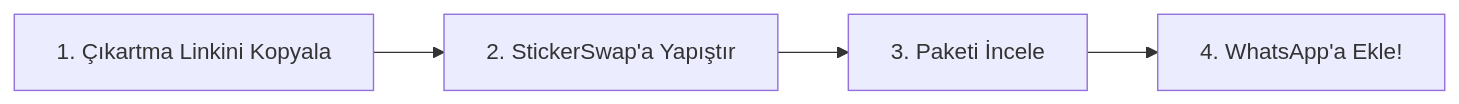
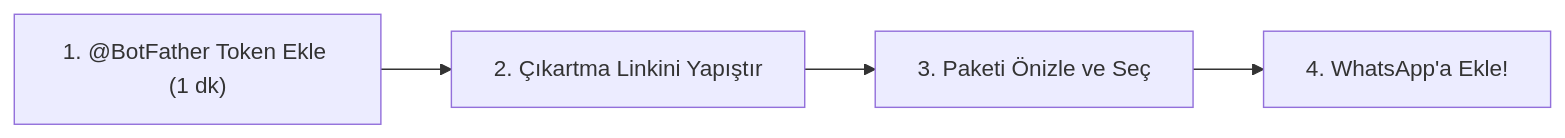
One commit to Kompetankedi/stickerswap changed the first of 2 diagrams in README.md. Above: the diagram before and after it, drawn with Mermaid. The commit also changed other lines of this file and 3 other files, not shown here.

Commit message:
docs(readme): clarify bot token requirement and platform support

````diff
--- a/README.md
+++ b/README.md
@@ -45,6 +66,6 @@
 ```mermaid
 flowchart LR
-    A[1. Çıkartma Linkini Kopyala] --> B[2. StickerSwap'a Yapıştır]
-    B --> C[3. Paketi İncele]
+    A["1. @BotFather Token Ekle (1 dk)"] --> B[2. Çıkartma Linkini Yapıştır]
+    B --> C[3. Paketi Önizle ve Seç]
     C --> D[4. WhatsApp'a Ekle!]
 ```
````
